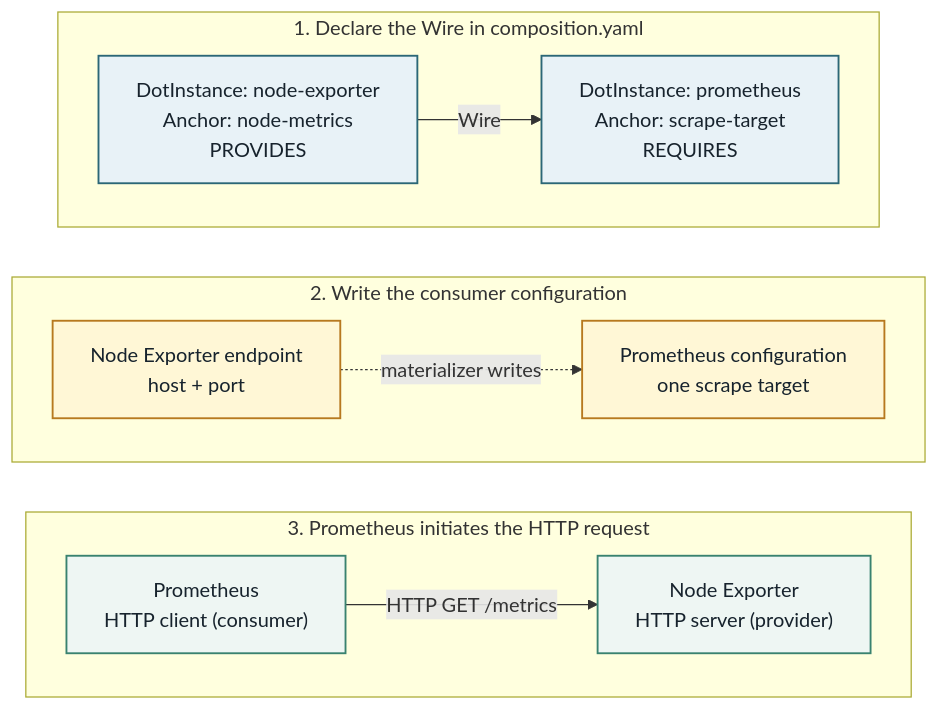
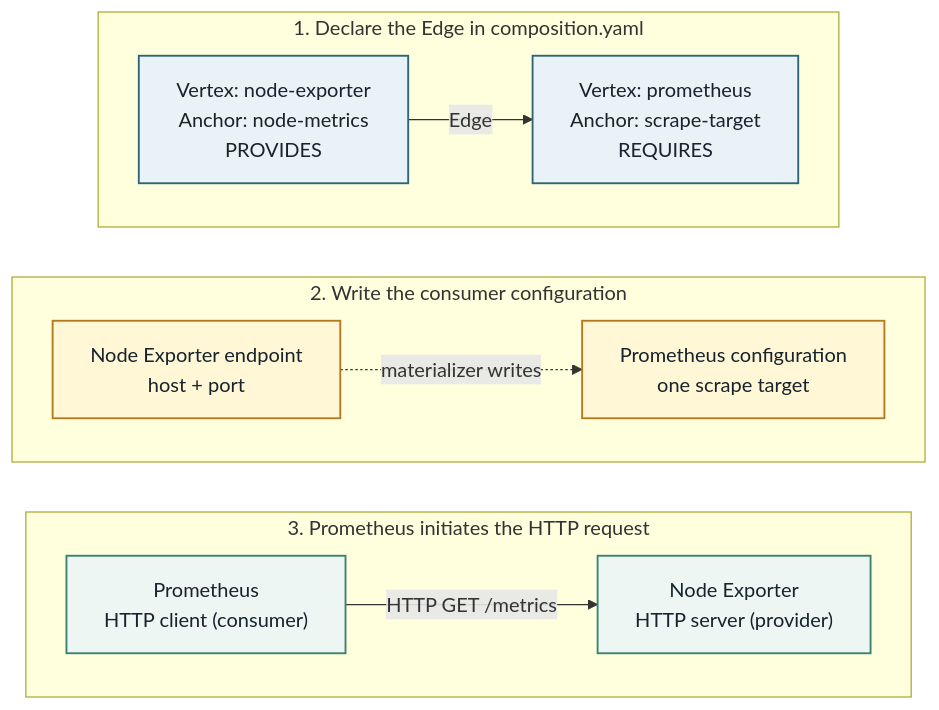
Before and after one commit to MARE-EU-Project/DOT-Docs: the diagram in DOT-Design/next/dot-design/_attachments/diagrams/tutorial-wiring.mmd, drawn with Mermaid. The commit also changed 257 other files, not shown here.

```diff
--- a/DOT-Design/next/dot-design/_attachments/diagrams/tutorial-wiring.mmd
+++ b/DOT-Design/next/dot-design/_attachments/diagrams/tutorial-wiring.mmd
@@ -1,35 +1,35 @@
 %%{init: {"flowchart": {"wrappingWidth": 280, "rankSpacing": 40}}}%%
 flowchart TB
   accTitle: One monitoring connection, three views
-  accDescr: The composition Wire connects Node Exporter's node-metrics Anchor, which provides the interface, to Prometheus's scrape-target Anchor, which requires it. A materializer writes the Node Exporter endpoint into Prometheus's scrape configuration. The runtime panel reads left to right from Prometheus, the HTTP client and consumer, to Node Exporter, the HTTP server and provider. The Wire connects provider to consumer; the HTTP request goes from consumer to provider.
+  accDescr: The composition Edge connects Node Exporter's node-metrics Anchor, which provides the interface, to Prometheus's scrape-target Anchor, which requires it. A materializer writes the Node Exporter endpoint into Prometheus's scrape configuration. The runtime panel reads left to right from Prometheus, the HTTP client and consumer, to Node Exporter, the HTTP server and provider. The Edge connects provider to consumer; the HTTP request goes from consumer to provider.
 
-  subgraph declaration["1. Declare the Wire in composition.yaml"]
+  subgraph declaration["1. Declare the Edge in composition.yaml"]
     direction LR
-    provides["DotInstance: node-exporter<br/>Anchor: node-metrics<br/>PROVIDES"]
-    requires["DotInstance: prometheus<br/>Anchor: scrape-target<br/>REQUIRES"]
-    provides -->|"Wire"| requires
+    provides["Vertex: node-exporter<br/>Anchor: node-metrics<br/>PROVIDES"]
+    requires["Vertex: prometheus<br/>Anchor: scrape-target<br/>REQUIRES"]
+    provides -->|"Edge"| requires
   end
 
   subgraph configuration["2. Write the consumer configuration"]
     direction LR
     endpoint["Node Exporter endpoint<br/>host + port"]
     target["Prometheus configuration<br/>one scrape target"]
     endpoint -.->|"materializer writes"| target
   end
 
   subgraph runtime["3. Prometheus initiates the HTTP request"]
     direction LR
     prometheus["Prometheus<br/>HTTP client (consumer)"]
     exporter["Node Exporter<br/>HTTP server (provider)"]
     prometheus -->|"HTTP GET /metrics"| exporter
   end
 
   declaration ~~~ configuration
   configuration ~~~ runtime
 
   classDef declared fill:#e8f2f7,stroke:#2b6777,color:#17232d,stroke-width:1.5px;
   classDef configured fill:#fff7d6,stroke:#b7791f,color:#17232d,stroke-width:1.5px;
   classDef running fill:#eef6f3,stroke:#39826f,color:#17232d,stroke-width:1.5px;
   class provides,requires declared;
   class endpoint,target configured;
   class prometheus,exporter running;
```
